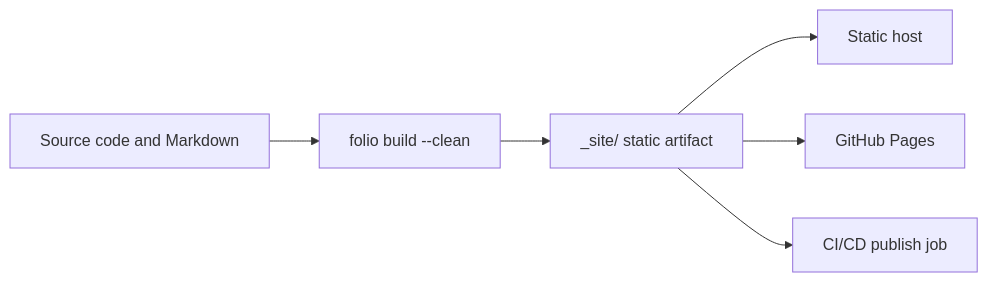
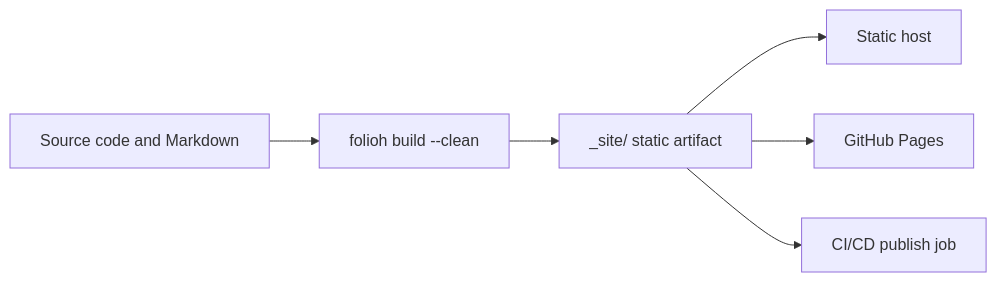
One commit to pguijas/folio changed the diagram in docs/guide/deployment/index.md. Above: the diagram before and after it, drawn with Mermaid. The commit also changed other lines of this file and 638 other files, not shown here.

````diff
--- a/docs/guide/deployment/index.md
+++ b/docs/guide/deployment/index.md
@@ -49,8 +49,8 @@
 ```mermaid
 flowchart LR
-    Source["Source code and Markdown"] --> Build["folio build --clean"]
+    Source["Source code and Markdown"] --> Build["folioh build --clean"]
     Build --> Site["_site/ static artifact"]
     Site --> Host["Static host"]
     Site --> Pages["GitHub Pages"]
     Site --> Pipeline["CI/CD publish job"]
 ```
````
